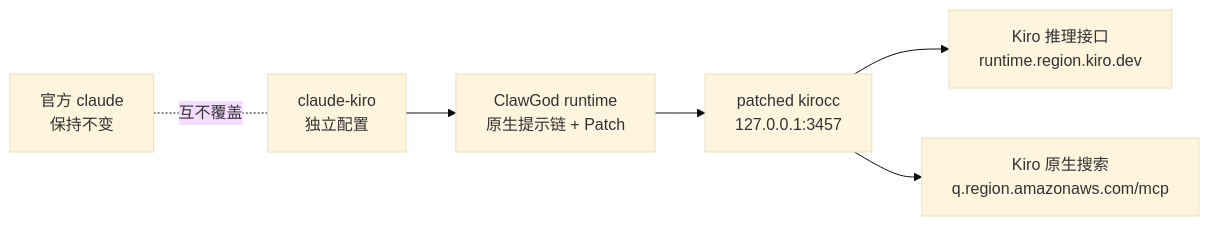
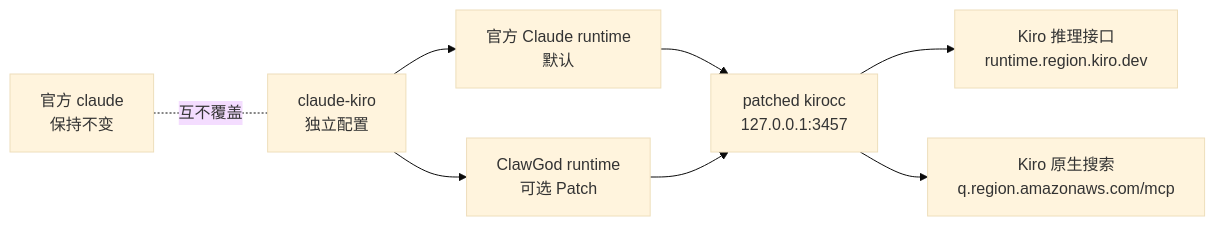
Before and after one commit to itututu/clawgod-kirocc: the first of 2 diagrams in README_ZH.md, drawn with Mermaid (base theme). The commit also changed other lines of this file and 22 other files, not shown here.

Commit message:
feat: add Windows support and optional ClawGod

````diff
--- a/README_ZH.md
+++ b/README_ZH.md
@@ -81,15 +86,18 @@
 ```mermaid
 flowchart LR
     Official["官方 claude<br/>保持不变"]
     Launcher["claude-kiro<br/>独立配置"]
-    ClawGod["ClawGod runtime<br/>原生提示链 + Patch"]
+    OfficialRuntime["官方 Claude runtime<br/>默认"]
+    ClawGod["ClawGod runtime<br/>可选 Patch"]
     Gateway["patched kirocc<br/>127.0.0.1:3457"]
     Runtime["Kiro 推理接口<br/>runtime.region.kiro.dev"]
     Search["Kiro 原生搜索<br/>q.region.amazonaws.com/mcp"]
 
     Official -. "互不覆盖" .- Launcher
+    Launcher --> OfficialRuntime
     Launcher --> ClawGod
+    OfficialRuntime --> Gateway
     ClawGod --> Gateway
     Gateway --> Runtime
     Gateway --> Search
 ```
````
